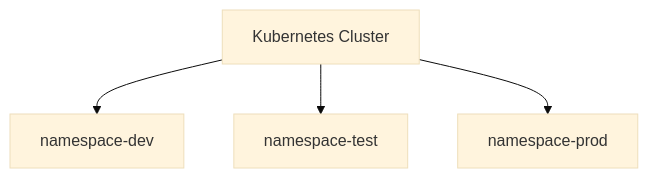
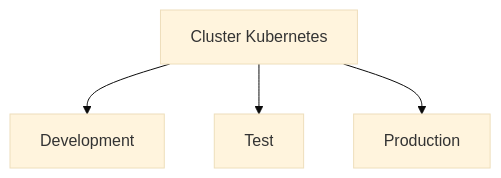
Before and after one commit to josemendes63/dkms-training: the diagram in docs/kubernetes/namespaces.md, drawn with Mermaid (base theme). The commit also changed other lines of this file and 6 other files, not shown here.

Commit message:
Diagramas Mermaid Kubernetes

````diff
--- a/docs/kubernetes/namespaces.md
+++ b/docs/kubernetes/namespaces.md
@@ -14,9 +7,11 @@
 ```mermaid
 graph TD
 
-A[Kubernetes Cluster]
+C[Cluster Kubernetes]
 
-A --> B[namespace-dev]
-A --> C[namespace-test]
-A --> D[namespace-prod]
+C --> D[Development]
+
+C --> T[Test]
+
+C --> P[Production]
 ```
````
